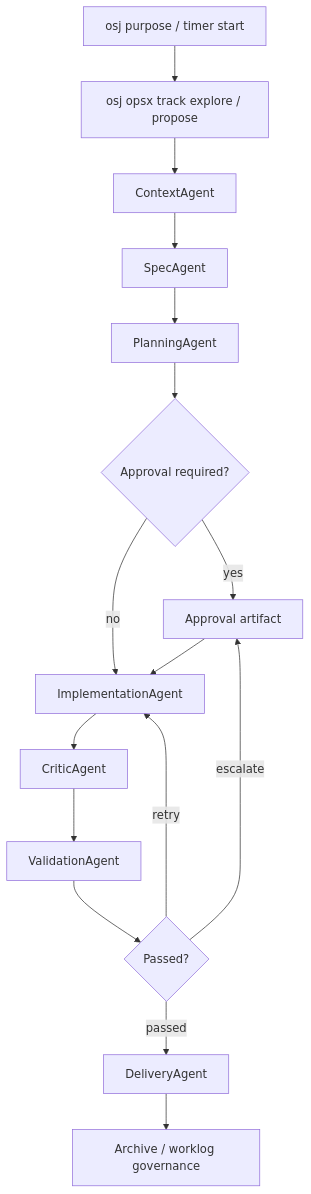
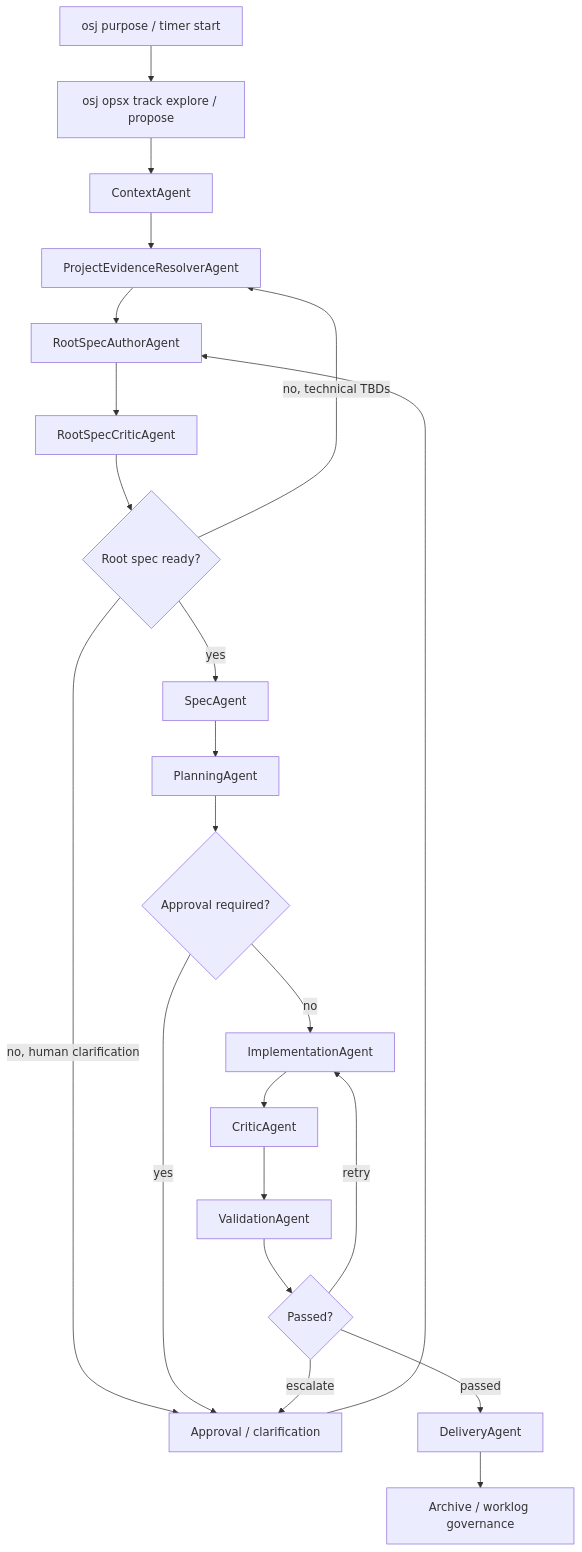
The diagram in docs/agentic-runtime/CURRENT-IMPLEMENTATION.md (embrana/AutomateIA), drawn with Mermaid before and after one commit. The commit also changed other lines of this file and 27 other files, not shown here.

````diff
--- a/docs/agentic-runtime/CURRENT-IMPLEMENTATION.md
+++ b/docs/agentic-runtime/CURRENT-IMPLEMENTATION.md
@@ -29,18 +55,24 @@
 ```mermaid
 flowchart TD
     A["osj purpose / timer start"] --> B["osj opsx track explore / propose"]
     B --> C["ContextAgent"]
-    C --> D["SpecAgent"]
-    D --> E["PlanningAgent"]
-    E --> F{"Approval required?"}
-    F -- "yes" --> G["Approval artifact"]
-    F -- "no" --> H["ImplementationAgent"]
-    G --> H
-    H --> I["CriticAgent"]
-    I --> J["ValidationAgent"]
-    J --> K{"Passed?"}
-    K -- "retry" --> H
-    K -- "escalate" --> G
-    K -- "passed" --> L["DeliveryAgent"]
-    L --> M["Archive / worklog governance"]
+    C --> D["ProjectEvidenceResolverAgent"]
+    D --> E["RootSpecAuthorAgent"]
+    E --> F["RootSpecCriticAgent"]
+    F --> G{"Root spec ready?"}
+    G -- "no, technical TBDs" --> D
+    G -- "no, human clarification" --> H["Approval / clarification"]
+    G -- "yes" --> I["SpecAgent"]
+    H --> E
+    I --> J["PlanningAgent"]
+    J --> K{"Approval required?"}
+    K -- "yes" --> H
+    K -- "no" --> L["ImplementationAgent"]
+    L --> M["CriticAgent"]
+    M --> N["ValidationAgent"]
+    N --> O{"Passed?"}
+    O -- "retry" --> L
+    O -- "escalate" --> H
+    O -- "passed" --> P["DeliveryAgent"]
+    P --> Q["Archive / worklog governance"]
 ```
````
